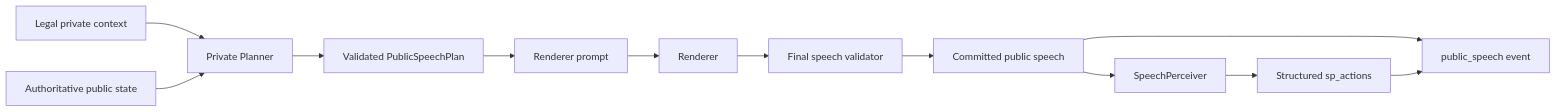
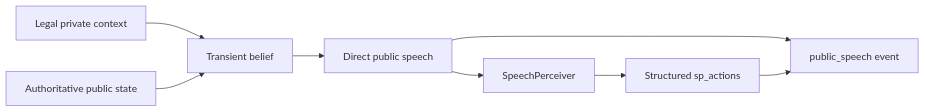
Before and after one commit to MonsterTracy/3wd-tom: the second of 4 diagrams in docs/architecture.md, drawn with Mermaid. The commit also changed other lines of this file and 15 other files, not shown here.

````diff
--- a/docs/architecture.md
+++ b/docs/architecture.md
@@ -28,14 +28,10 @@
 ```mermaid
 flowchart LR
-    PC["Legal private context"] --> PL["Private Planner"]
-    PS["Authoritative public state"] --> PL
-    PL --> PP["Validated PublicSpeechPlan"]
-    PP --> RP["Renderer prompt"]
-    RP --> R["Renderer"]
-    R --> FV["Final speech validator"]
-    FV --> SP["Committed public speech"]
+    PC["Legal private context"] --> B["Transient belief"]
+    PS["Authoritative public state"] --> B
+    B --> SP["Direct public speech"]
     SP --> P["SpeechPerceiver"]
     P --> SA["Structured sp_actions"]
     SP --> EV["public_speech event"]
     SA --> EV
 ```
````
